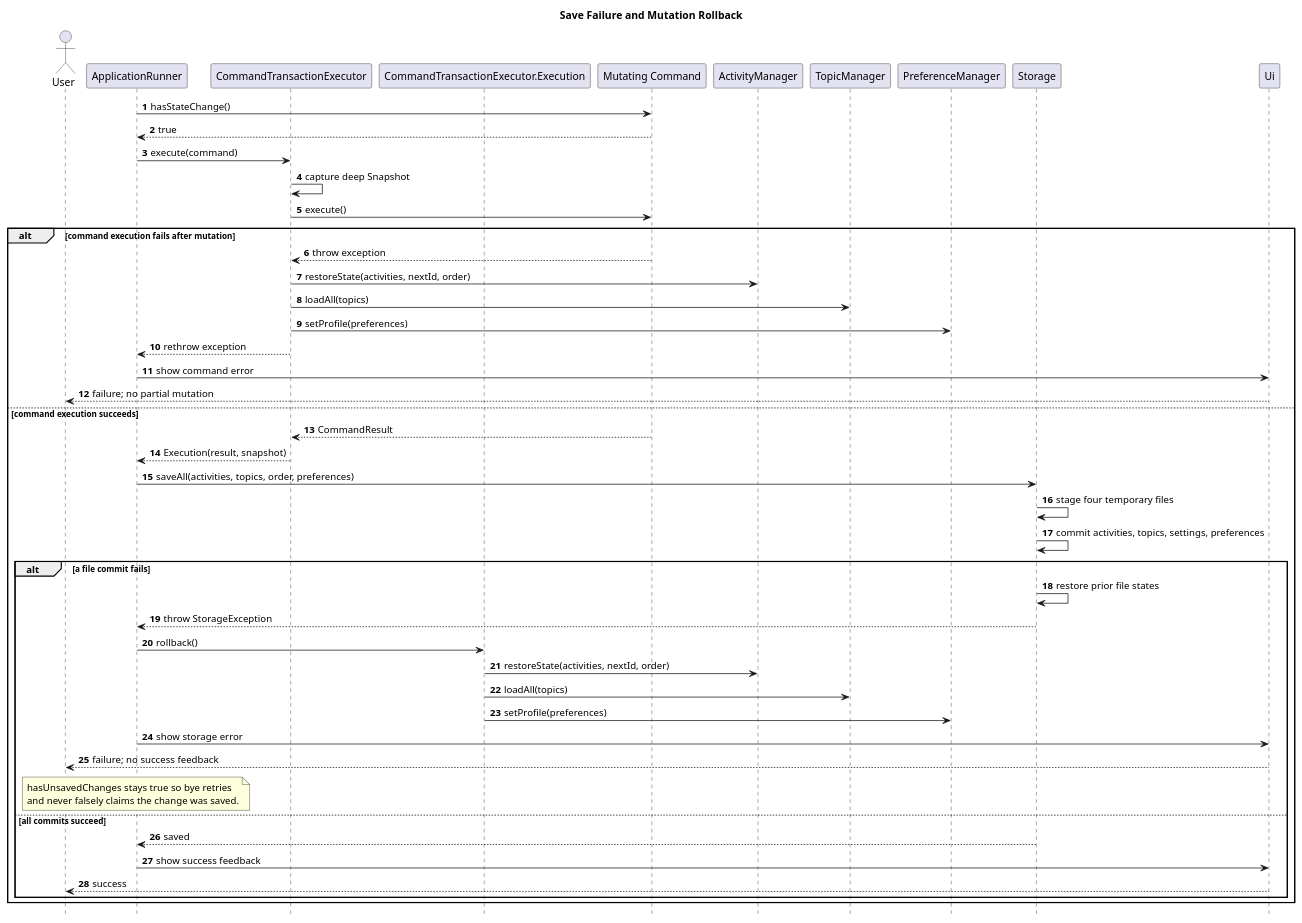
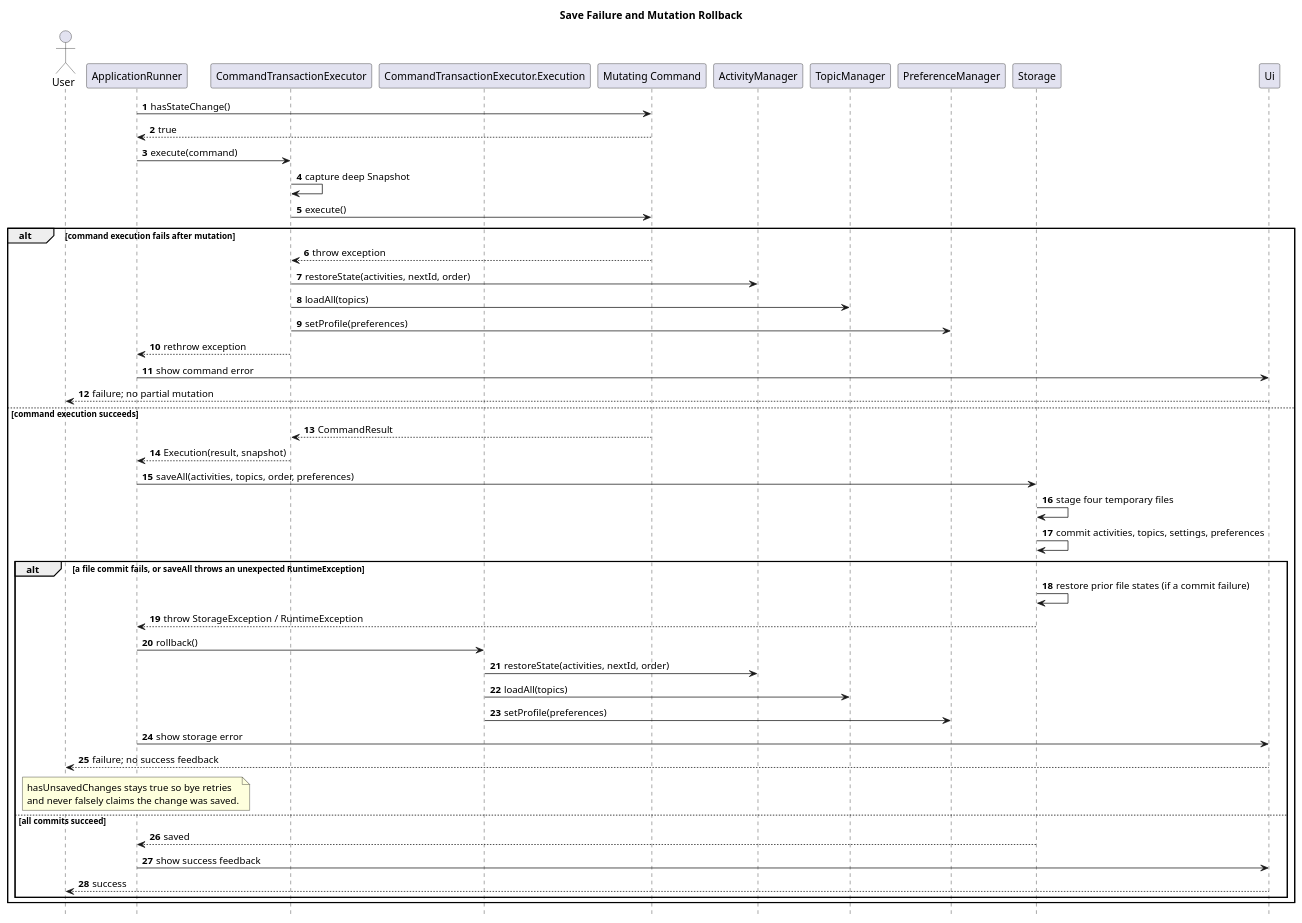
The diagram in docs/diagrams/sequence/MutationRollbackSequence.puml (lukelouyu/SelfTeamProject), drawn with PlantUML before and after one commit. The commit also changed 2 other files, not shown here.

Commit message:
docs: synchronize rollback docs and diagram with RuntimeException coverage
Section 10 described rollback only via ApplicationRunner's own fields
and never named CommandTransactionExecutor, even though that class
already owns the snapshot/restore logic. Updated the prose to name the
actual classes involved and to state that trySave() now covers both
the checked StorageException and an unanticipated RuntimeException
from saveAll(), both triggering the same rollback path.
MutationRollbackSequence.puml's "a file commit fails" branch is
relabelled to cover both failure modes and its PNG regenerated to
match.

```diff
--- a/docs/diagrams/sequence/MutationRollbackSequence.puml
+++ b/docs/diagrams/sequence/MutationRollbackSequence.puml
@@ -1,58 +1,58 @@
 @startuml
 title Save Failure and Mutation Rollback
 
 skinparam shadowing false
 hide footbox
 autonumber
 
 actor User
 participant ApplicationRunner as Runner
 participant CommandTransactionExecutor as Transaction
 participant "CommandTransactionExecutor.Execution" as Execution
 participant "Mutating Command" as Command
 participant ActivityManager
 participant TopicManager
 participant PreferenceManager
 participant Storage
 participant Ui
 
 Runner -> Command : hasStateChange()
 Command --> Runner : true
 Runner -> Transaction : execute(command)
 Transaction -> Transaction : capture deep Snapshot
 Transaction -> Command : execute()
 alt command execution fails after mutation
   Command --> Transaction : throw exception
   Transaction -> ActivityManager : restoreState(activities, nextId, order)
   Transaction -> TopicManager : loadAll(topics)
   Transaction -> PreferenceManager : setProfile(preferences)
   Transaction --> Runner : rethrow exception
   Runner -> Ui : show command error
   Ui --> User : failure; no partial mutation
 else command execution succeeds
   Command --> Transaction : CommandResult
   Transaction --> Runner : Execution(result, snapshot)
   Runner -> Storage : saveAll(activities, topics, order, preferences)
   Storage -> Storage : stage four temporary files
   Storage -> Storage : commit activities, topics, settings, preferences
-  alt a file commit fails
-    Storage -> Storage : restore prior file states
-    Storage --> Runner : throw StorageException
+  alt a file commit fails, or saveAll throws an unexpected RuntimeException
+    Storage -> Storage : restore prior file states (if a commit failure)
+    Storage --> Runner : throw StorageException / RuntimeException
     Runner -> Execution : rollback()
     Execution -> ActivityManager : restoreState(activities, nextId, order)
     Execution -> TopicManager : loadAll(topics)
     Execution -> PreferenceManager : setProfile(preferences)
     Runner -> Ui : show storage error
     Ui --> User : failure; no success feedback
     note over Runner
       hasUnsavedChanges stays true so bye retries
       and never falsely claims the change was saved.
     end note
   else all commits succeed
     Storage --> Runner : saved
     Runner -> Ui : show success feedback
     Ui --> User : success
   end
 end
 
 @enduml
```
